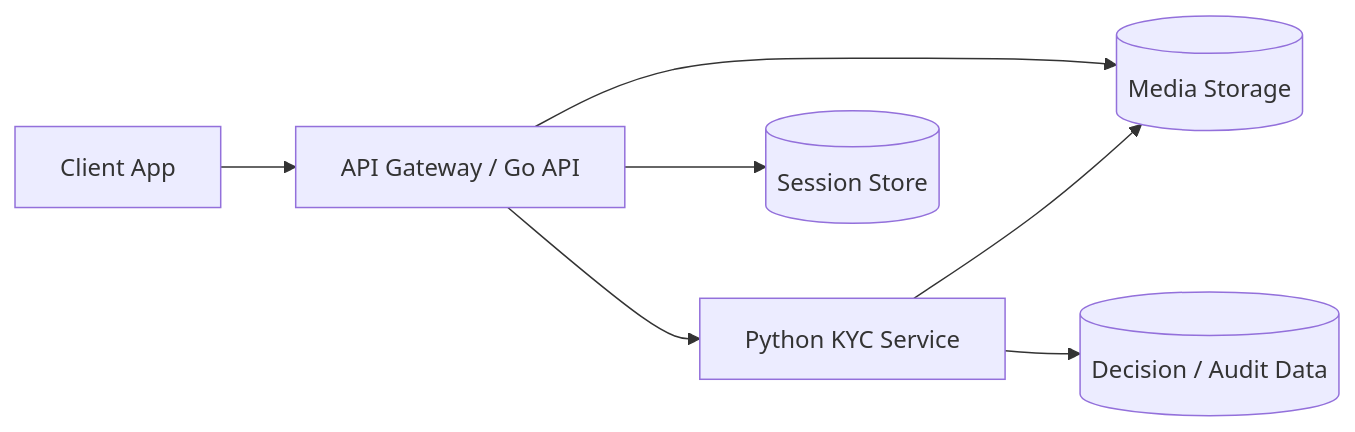
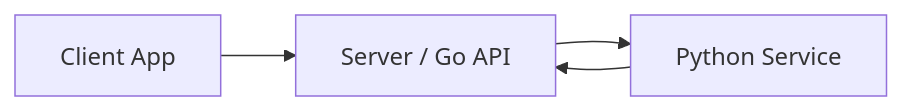
Before and after one commit to dont-wait/anomaly: the diagram in python-service/README.md, drawn with Mermaid. The commit also changed other lines of this file and 28 other files, not shown here.

````diff
--- a/python-service/README.md
+++ b/python-service/README.md
@@ -37,9 +41,6 @@
 ```mermaid
 flowchart LR
-    Client[Client App] --> Gateway[API Gateway / Go API]
-    Gateway --> KYC[Python KYC Service]
-    Gateway --> Session[(Session Store)]
-    Gateway --> Storage[(Media Storage)]
-    KYC --> Storage
-    KYC --> Result[(Decision / Audit Data)]
+    Client[Client App] --> Gateway[Server / Go API]
+    Gateway --> Py[Python Service]
+    Py --> Gateway
 ```
````
